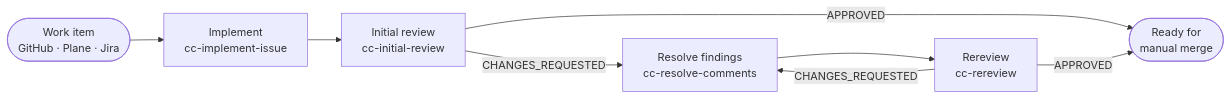
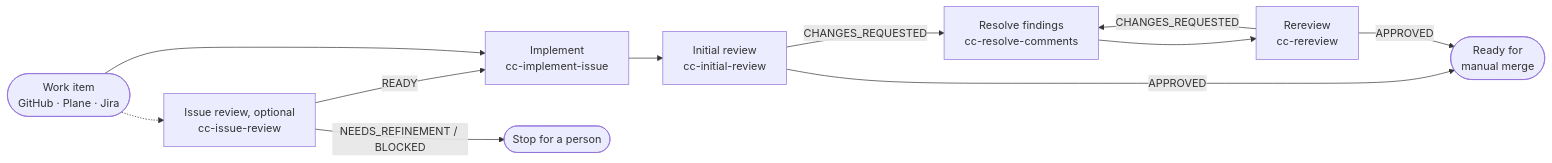
Before and after one commit to datacas/code-cycle-toolkit: the diagram in README.md, drawn with Mermaid. The commit also changed other lines of this file and 33 other files, not shown here.

First line of the commit message:
feat(issue-review): add an optional pre-implementation readiness stage (#114)

````diff
--- a/README.md
+++ b/README.md
@@ -22,10 +22,13 @@
 ```mermaid
 flowchart LR
-    A([Work item<br/>GitHub · Plane · Jira]) --> B[Implement<br/>cc-implement-issue]
+    A([Work item<br/>GitHub · Plane · Jira]) -.-> R[Issue review, optional<br/>cc-issue-review]
+    R -- READY --> B
+    R -- NEEDS_REFINEMENT / BLOCKED --> H([Stop for a person])
+    A --> B[Implement<br/>cc-implement-issue]
     B --> C[Initial review<br/>cc-initial-review]
     C -- APPROVED --> F([Ready for<br/>manual merge])
     C -- CHANGES_REQUESTED --> D[Resolve findings<br/>cc-resolve-comments]
     D --> E[Rereview<br/>cc-rereview]
     E -- CHANGES_REQUESTED --> D
     E -- APPROVED --> F
 ```
````
